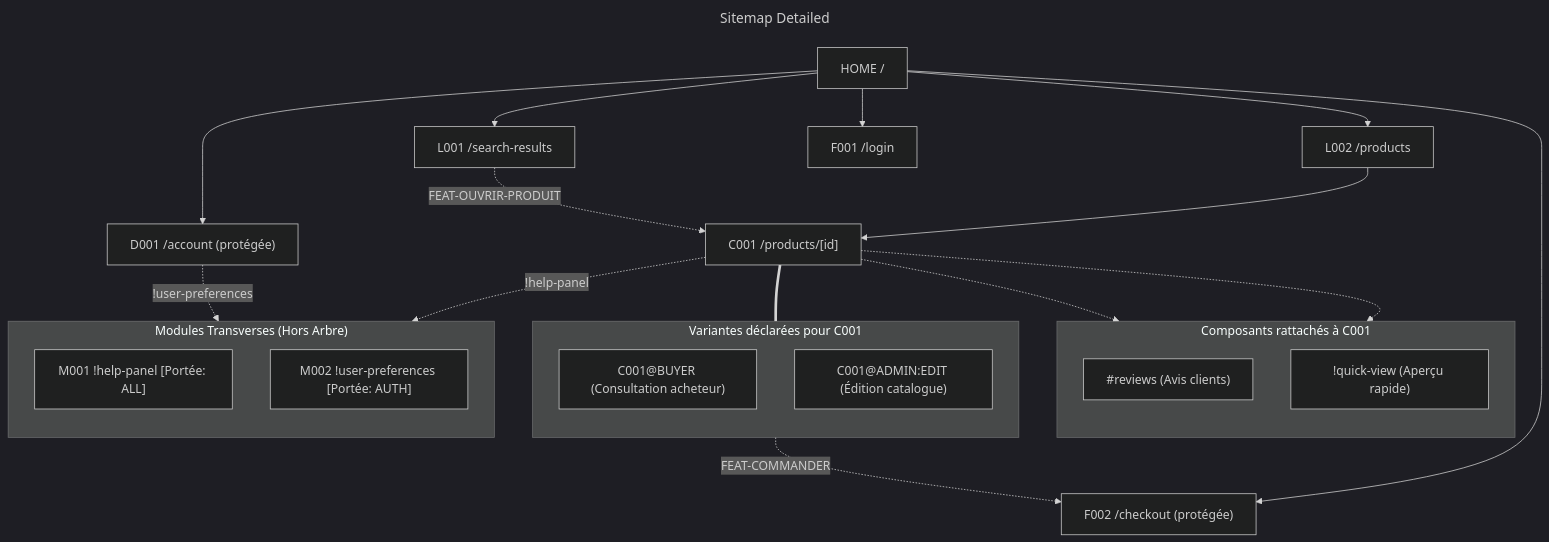
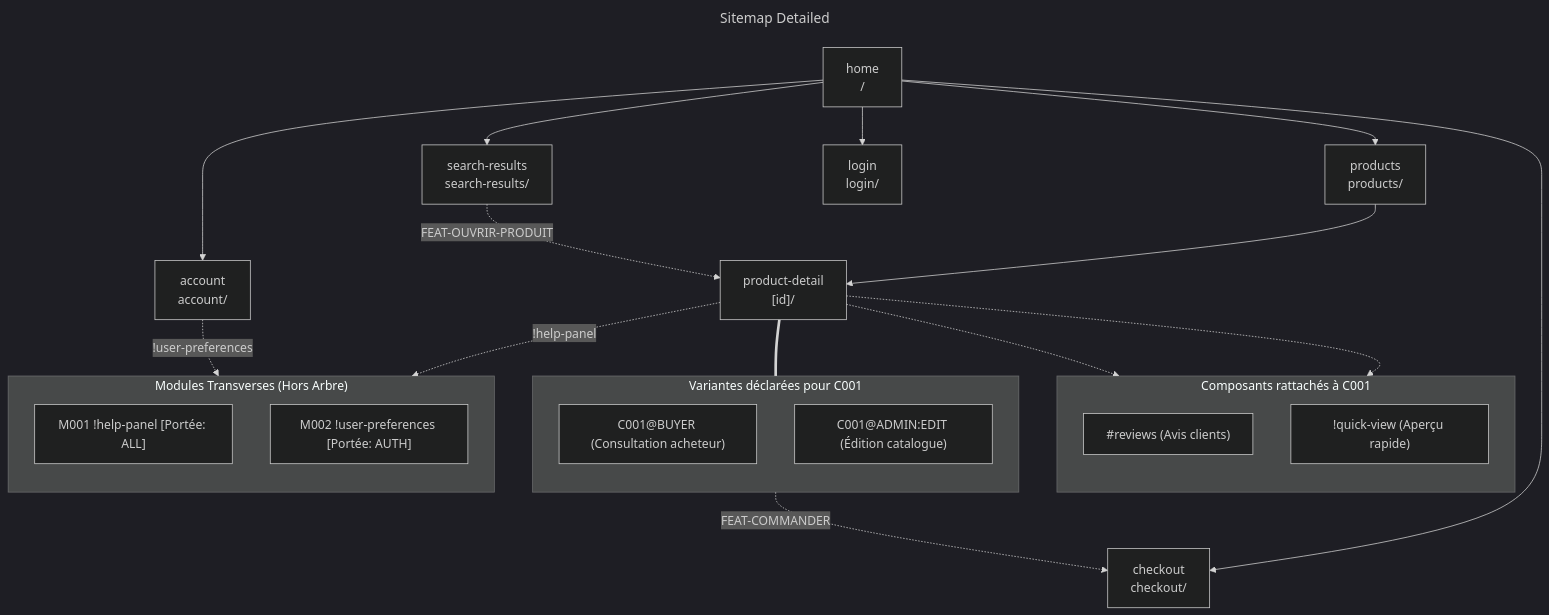
Before and after one commit to Pi0up/ai-skills: the diagram in ia_tools/templates/arborescence/sitemap-detailed.mmd, drawn with Mermaid (dark theme). The commit also changed 11 other files, not shown here.

```diff
--- a/ia_tools/templates/arborescence/sitemap-detailed.mmd
+++ b/ia_tools/templates/arborescence/sitemap-detailed.mmd
@@ -1,73 +1,73 @@
 ---
 title: Sitemap Detailed
 type: sitemap
 id: sitemap-detailed
 version: 1.0.0
 roles: [ANONYMOUS, BUYER, ADMIN, AUTH]
 tags: [sitemap, detailed, architecture]
 description: Template d'arborescence détaillée (variantes, ancres, modules, renvois)
 ---
 flowchart TD
 
     %% --------------------------------------------------------------------------
     %% 1. Structure Hiérarchique Principale
     %% --------------------------------------------------------------------------
-    HOME["HOME /"]
-    L001["L001 /search-results"]
-    L002["L002 /products"]
-    C001["C001 /products/[id]"]
-    F001["F001 /login"]
-    D001["D001 /account (protégée)"]
-    F002["F002 /checkout (protégée)"]
+    HOME["home<br/>/"]
+    L001["search-results<br/>search-results/"]
+    L002["products<br/>products/"]
+    C001["product-detail<br/>[id]/"]
+    F001["login<br/>login/"]
+    D001["account<br/>account/"]
+    F002["checkout<br/>checkout/"]
 
     HOME --> L001
     HOME --> L002
     HOME --> F001
     HOME --> D001
     HOME --> F002
     L002 --> C001
 
     %% --------------------------------------------------------------------------
     %% 2. Ancres internes (#) et Popins rattachées (!)
     %% Règle : Rattachées à la page, non autonomes (Table composants_page)
     %% --------------------------------------------------------------------------
     subgraph Sub_C001["Composants rattachés à C001"]
         direction TB
         C001_ANC["#reviews (Avis clients)"]
         C001_POP["!quick-view (Aperçu rapide)"]
     end
     C001 -.-> C001_ANC
     C001 -.-> C001_POP
 
     %% --------------------------------------------------------------------------
     %% 3. Variantes de pages (Grammaire : CODE[@ROLE][:VARIANT])
     %% Déclarées dans la table `variantes`
     %% --------------------------------------------------------------------------
     subgraph Variantes_C001["Variantes déclarées pour C001"]
         direction TB
         C001_BUYER["C001@BUYER (Consultation acheteur)"]
         C001_ADMIN_EDIT["C001@ADMIN:EDIT (Édition catalogue)"]
     end
     C001 === Variantes_C001
 
     %% --------------------------------------------------------------------------
     %% 4. Modules Transverses (Code M, Hors Arbre)
     %% Invocables depuis les pages autorisées
     %% --------------------------------------------------------------------------
     subgraph ModulesTransverses["Modules Transverses (Hors Arbre)"]
         direction TB
         M001["M001 !help-panel [Portée: ALL]"]
         M002["M002 !user-preferences [Portée: AUTH]"]
     end
 
     %% Invocations de modules depuis des pages
     C001 -. "!help-panel" .-> M001
     D001 -. "!user-preferences" .-> M002
 
     %% --------------------------------------------------------------------------
     %% 5. Renvois Fonctionnels (Table `renvois`)
     %% Navigation transversale déclenchée par une fonctionnalité (FEAT-XXX)
     %% Syntaxe : source -. "FEAT-XXX" .-> cible
     %% --------------------------------------------------------------------------
     C001_BUYER -. "FEAT-COMMANDER" .-> F002
     L001 -. "FEAT-OUVRIR-PRODUIT" .-> C001
```
